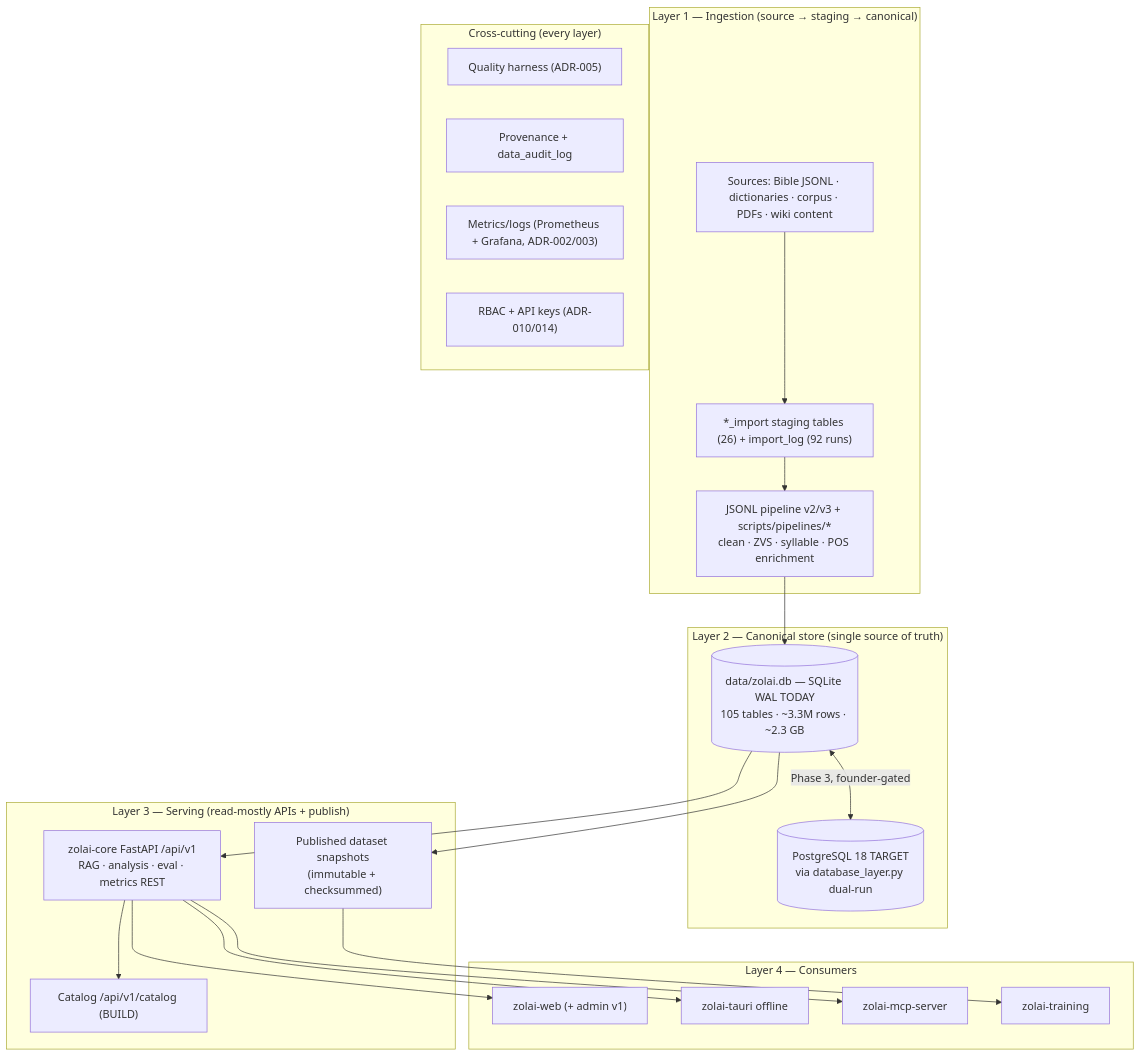
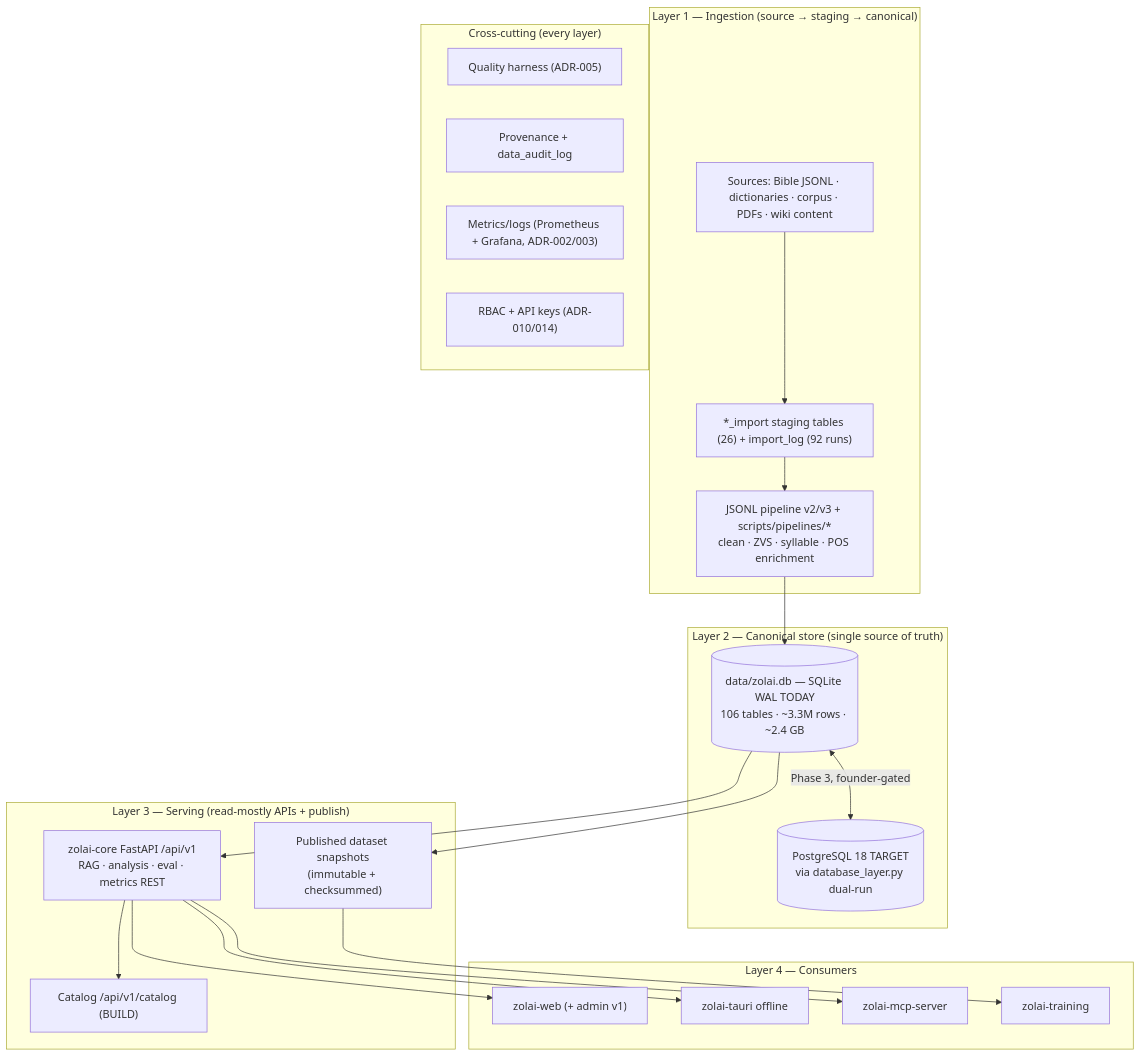
One commit to Zolai-AI/.github changed the diagram in docs/architecture/data-platform.md. Above: the diagram before and after it, drawn with Mermaid. The commit also changed other lines of this file and 8 other files, not shown here.

````diff
--- a/docs/architecture/data-platform.md
+++ b/docs/architecture/data-platform.md
@@ -18,44 +18,44 @@
 ```mermaid
 flowchart TB
   subgraph L1["Layer 1 — Ingestion (source → staging → canonical)"]
     SRC["Sources: Bible JSONL · dictionaries · corpus · PDFs · wiki content"]
     IMP["*_import staging tables (26) + import_log (92 runs)"]
     PIPE["JSONL pipeline v2/v3 + scripts/pipelines/*<br/>clean · ZVS · syllable · POS enrichment"]
     SRC --> IMP --> PIPE
   end
 
   subgraph L2["Layer 2 — Canonical store (single source of truth)"]
-    CAN[("data/zolai.db — SQLite WAL TODAY<br/>105 tables · ~3.3M rows · ~2.3 GB")]
+    CAN[("data/zolai.db — SQLite WAL TODAY<br/>106 tables · ~3.3M rows · ~2.4 GB")]
     TARGET[("PostgreSQL 18 TARGET<br/>via database_layer.py dual-run")]
     CAN <-->|"Phase 3, founder-gated"| TARGET
   end
 
   subgraph L3["Layer 3 — Serving (read-mostly APIs + publish)"]
     API["zolai-core FastAPI /api/v1<br/>RAG · analysis · eval · metrics REST"]
     CAT["Catalog /api/v1/catalog (BUILD)"]
     PUBL["Published dataset snapshots<br/>(immutable + checksummed)"]
   end
 
   subgraph L4["Layer 4 — Consumers"]
     WEB3["zolai-web (+ admin v1)"]
     TAURI3["zolai-tauri offline"]
     MCP3["zolai-mcp-server"]
     TRAIN3["zolai-training"]
   end
 
   PIPE --> CAN
   CAN --> API
   CAN --> PUBL
   API --> CAT
   API --> WEB3
   API --> TAURI3
   API --> MCP3
   PUBL --> TRAIN3
 
   subgraph X["Cross-cutting (every layer)"]
     Q["Quality harness (ADR-005)"]
     PV["Provenance + data_audit_log"]
     OV["Metrics/logs (Prometheus + Grafana, ADR-002/003)"]
     RB["RBAC + API keys (ADR-010/014)"]
   end
 ```
````
